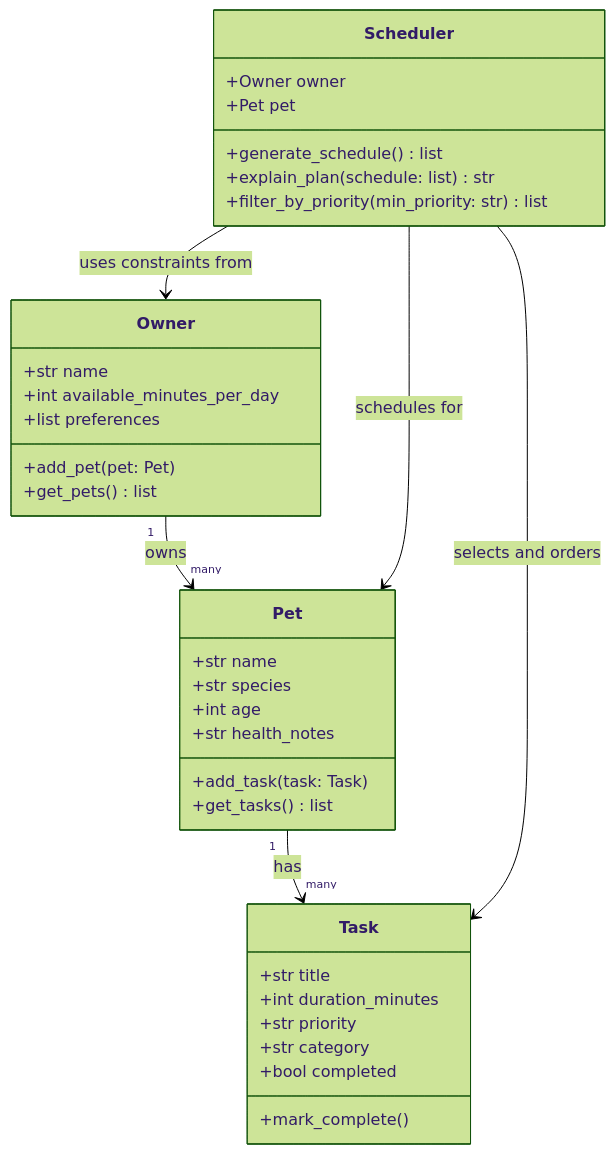
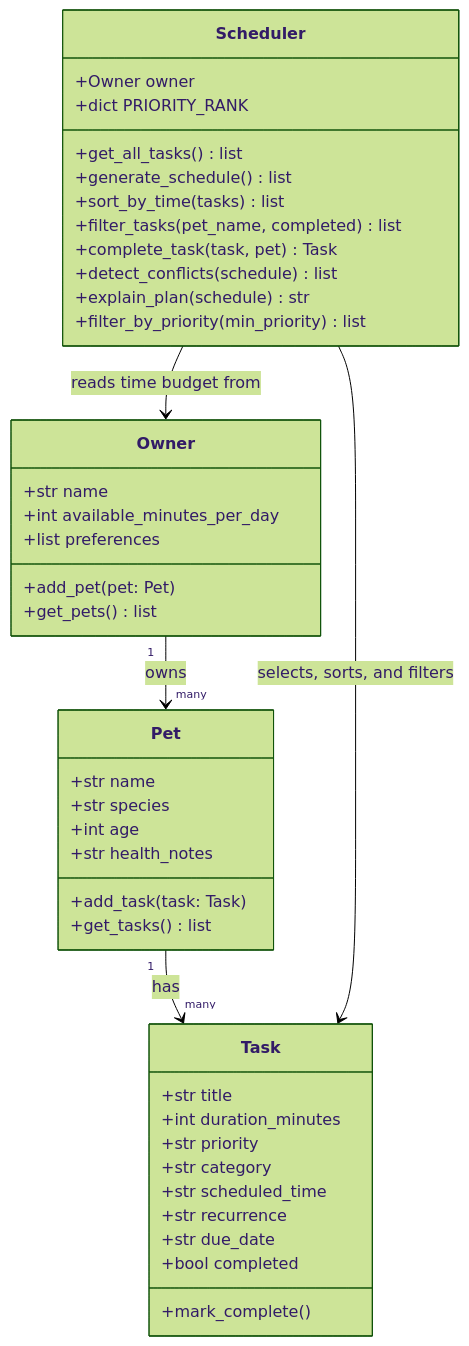
The diagram in reflection.md (rasheed-tabligh/ai110-module2show-pawpal-starter), drawn with Mermaid (forest theme) before and after one commit. The commit also changed other lines of this file and 2 other files, not shown here.

Commit message:
feat: polish UI, finalize UML, and complete reflection

````diff
--- a/reflection.md
+++ b/reflection.md
@@ -12,38 +12,45 @@
 ```mermaid
 classDiagram
     class Owner {
         +str name
         +int available_minutes_per_day
         +list preferences
         +add_pet(pet: Pet)
         +get_pets() list
     }
     class Pet {
         +str name
         +str species
         +int age
         +str health_notes
         +add_task(task: Task)
         +get_tasks() list
     }
     class Task {
         +str title
         +int duration_minutes
         +str priority
         +str category
+        +str scheduled_time
+        +str recurrence
+        +str due_date
         +bool completed
         +mark_complete()
     }
     class Scheduler {
         +Owner owner
-        +Pet pet
+        +dict PRIORITY_RANK
+        +get_all_tasks() list
         +generate_schedule() list
-        +explain_plan(schedule: list) str
-        +filter_by_priority(min_priority: str) list
+        +sort_by_time(tasks) list
+        +filter_tasks(pet_name, completed) list
+        +complete_task(task, pet) Task
+        +detect_conflicts(schedule) list
+        +explain_plan(schedule) str
+        +filter_by_priority(min_priority) list
     }
     Owner "1" --> "many" Pet : owns
     Pet "1" --> "many" Task : has
-    Scheduler --> Owner : uses constraints from
-    Scheduler --> Pet : schedules for
-    Scheduler --> Task : selects and orders
+    Scheduler --> Owner : reads time budget from
+    Scheduler --> Task : selects, sorts, and filters
 ```
````
